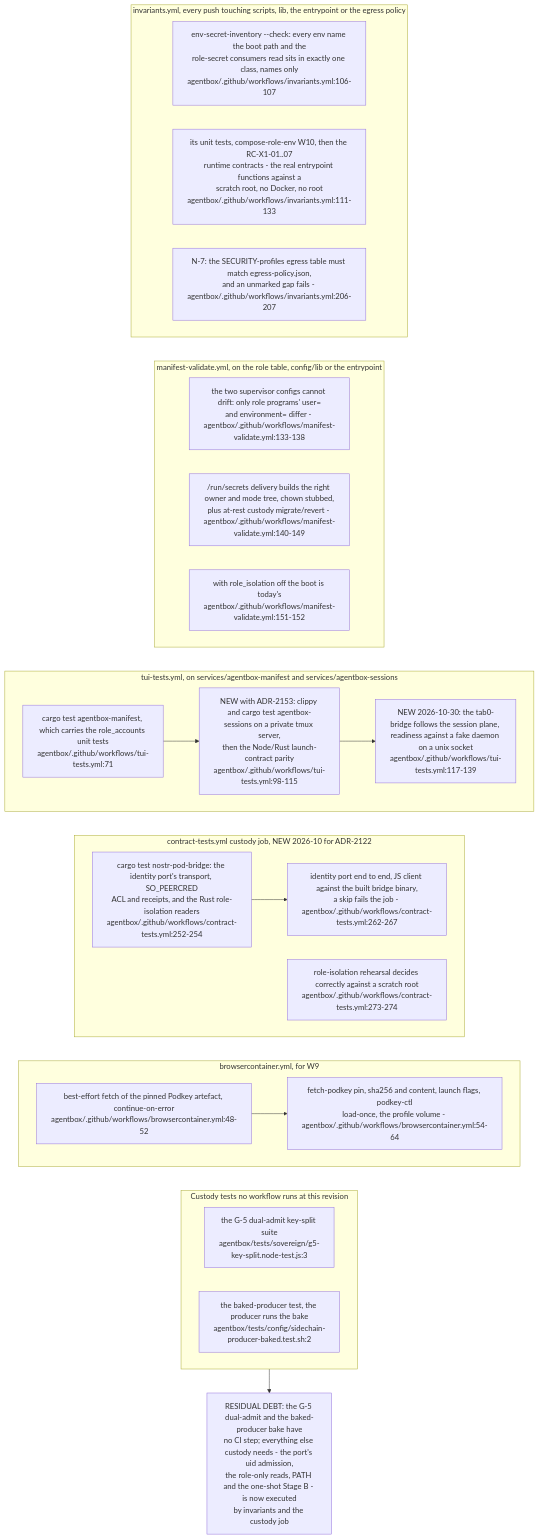
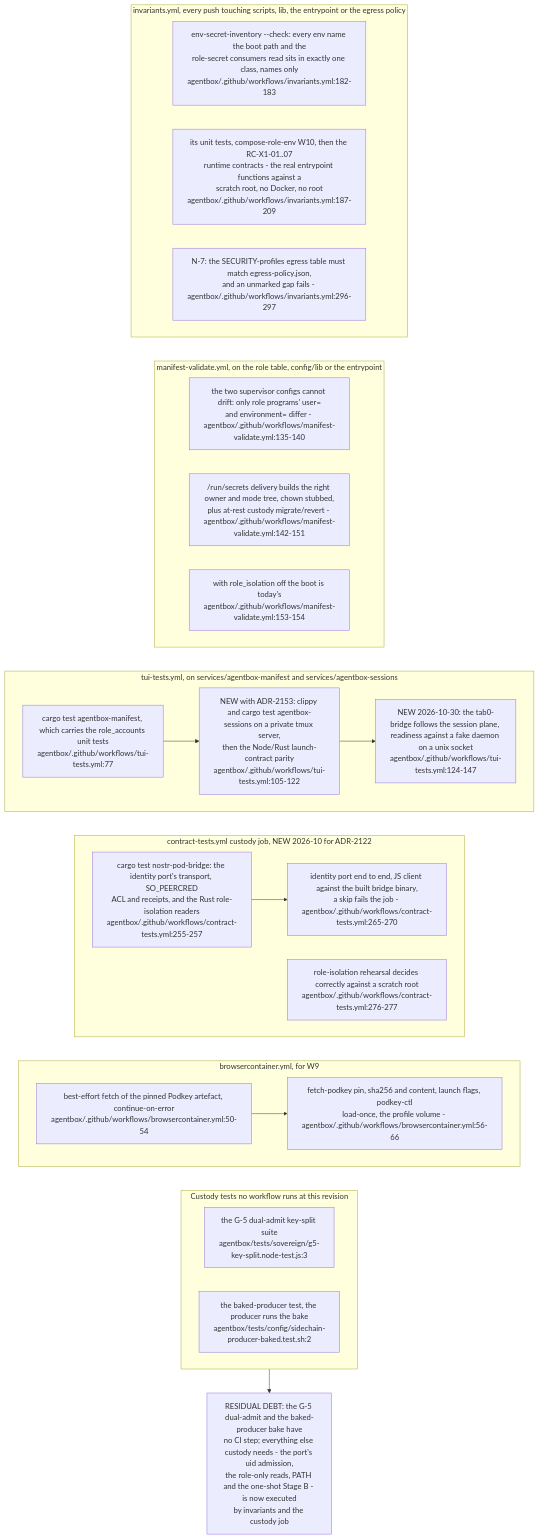
Before and after one commit to DreamLab-AI/VisionFlow: diagram 24 of 24 in docs/diagrams/estate/09-build-deploy-and-ci-estate.md, drawn with Mermaid. The commit also changed other lines of this file and 49 other files, not shown here.

First line of the commit message:
docs(diagrams): re-derive and re-stamp VisionClaw, estate, knowledge-graph, visionGraph, VisionFlow and sidestr topics

````diff
--- a/docs/diagrams/estate/09-build-deploy-and-ci-estate.md
+++ b/docs/diagrams/estate/09-build-deploy-and-ci-estate.md
@@ -863,41 +863,41 @@
 ```mermaid
 flowchart TB
     subgraph INV["invariants.yml, every push touching scripts, lib, the entrypoint or the egress policy"]
-        I1["env-secret-inventory --check: every env name the boot path and the<br/>role-secret consumers read sits in exactly one class, names only<br/>agentbox/.github/workflows/invariants.yml:106-107"]
-        I2["its unit tests, compose-role-env W10, then the RC-X1-01..07<br/>runtime contracts - the real entrypoint functions against a<br/>scratch root, no Docker, no root<br/>agentbox/.github/workflows/invariants.yml:111-133"]
-        I3["N-7: the SECURITY-profiles egress table must match egress-policy.json,<br/>and an unmarked gap fails - agentbox/.github/workflows/invariants.yml:206-207"]
+        I1["env-secret-inventory --check: every env name the boot path and the<br/>role-secret consumers read sits in exactly one class, names only<br/>agentbox/.github/workflows/invariants.yml:182-183"]
+        I2["its unit tests, compose-role-env W10, then the RC-X1-01..07<br/>runtime contracts - the real entrypoint functions against a<br/>scratch root, no Docker, no root<br/>agentbox/.github/workflows/invariants.yml:187-209"]
+        I3["N-7: the SECURITY-profiles egress table must match egress-policy.json,<br/>and an unmarked gap fails - agentbox/.github/workflows/invariants.yml:296-297"]
     end
     subgraph MV["manifest-validate.yml, on the role table, config/lib or the entrypoint"]
-        M1["the two supervisor configs cannot drift: only role programs' user=<br/>and environment= differ - agentbox/.github/workflows/manifest-validate.yml:133-138"]
-        M2["/run/secrets delivery builds the right owner and mode tree, chown stubbed,<br/>plus at-rest custody migrate/revert - agentbox/.github/workflows/manifest-validate.yml:140-149"]
-        M3["with role_isolation off the boot is today's<br/>agentbox/.github/workflows/manifest-validate.yml:151-152"]
+        M1["the two supervisor configs cannot drift: only role programs' user=<br/>and environment= differ - agentbox/.github/workflows/manifest-validate.yml:135-140"]
+        M2["/run/secrets delivery builds the right owner and mode tree, chown stubbed,<br/>plus at-rest custody migrate/revert - agentbox/.github/workflows/manifest-validate.yml:142-151"]
+        M3["with role_isolation off the boot is today's<br/>agentbox/.github/workflows/manifest-validate.yml:153-154"]
     end
     subgraph TUI["tui-tests.yml, on services/agentbox-manifest and services/agentbox-sessions"]
-        T1["cargo test agentbox-manifest, which carries the role_accounts unit tests<br/>agentbox/.github/workflows/tui-tests.yml:71"]
-        T2["NEW with ADR-2153: clippy and cargo test agentbox-sessions on a private tmux server,<br/>then the Node/Rust launch-contract parity<br/>agentbox/.github/workflows/tui-tests.yml:98-115"]
-        T3["NEW 2026-10-30: the tab0-bridge follows the session plane, readiness against a fake daemon on a unix socket<br/>agentbox/.github/workflows/tui-tests.yml:117-139"]
+        T1["cargo test agentbox-manifest, which carries the role_accounts unit tests<br/>agentbox/.github/workflows/tui-tests.yml:77"]
+        T2["NEW with ADR-2153: clippy and cargo test agentbox-sessions on a private tmux server,<br/>then the Node/Rust launch-contract parity<br/>agentbox/.github/workflows/tui-tests.yml:105-122"]
+        T3["NEW 2026-10-30: the tab0-bridge follows the session plane, readiness against a fake daemon on a unix socket<br/>agentbox/.github/workflows/tui-tests.yml:124-147"]
         T1 --> T2
         T2 --> T3
     end
     subgraph CT["contract-tests.yml custody job, NEW 2026-10 for ADR-2122"]
-        C1["cargo test nostr-pod-bridge: the identity port's transport, SO_PEERCRED<br/>ACL and receipts, and the Rust role-isolation readers<br/>agentbox/.github/workflows/contract-tests.yml:252-254"]
-        C2["identity port end to end, JS client against the built bridge binary,<br/>a skip fails the job - agentbox/.github/workflows/contract-tests.yml:262-267"]
-        C3["role-isolation rehearsal decides correctly against a scratch root<br/>agentbox/.github/workflows/contract-tests.yml:273-274"]
+        C1["cargo test nostr-pod-bridge: the identity port's transport, SO_PEERCRED<br/>ACL and receipts, and the Rust role-isolation readers<br/>agentbox/.github/workflows/contract-tests.yml:255-257"]
+        C2["identity port end to end, JS client against the built bridge binary,<br/>a skip fails the job - agentbox/.github/workflows/contract-tests.yml:265-270"]
+        C3["role-isolation rehearsal decides correctly against a scratch root<br/>agentbox/.github/workflows/contract-tests.yml:276-277"]
         C1 --> C2
     end
     subgraph BC["browsercontainer.yml, for W9"]
-        B1["best-effort fetch of the pinned Podkey artefact, continue-on-error<br/>agentbox/.github/workflows/browsercontainer.yml:48-52"]
-        B2["fetch-podkey pin, sha256 and content, launch flags, podkey-ctl<br/>load-once, the profile volume - agentbox/.github/workflows/browsercontainer.yml:54-64"]
+        B1["best-effort fetch of the pinned Podkey artefact, continue-on-error<br/>agentbox/.github/workflows/browsercontainer.yml:50-54"]
+        B2["fetch-podkey pin, sha256 and content, launch flags, podkey-ctl<br/>load-once, the profile volume - agentbox/.github/workflows/browsercontainer.yml:56-66"]
         B1 --> B2
     end
     subgraph NONE["Custody tests no workflow runs at this revision"]
         N1["the G-5 dual-admit key-split suite<br/>agentbox/tests/sovereign/g5-key-split.node-test.js:3"]
         N2["the baked-producer test, the producer runs the bake<br/>agentbox/tests/config/sidechain-producer-baked.test.sh:2"]
     end
     INV ~~~ MV
     MV ~~~ TUI
     TUI ~~~ CT
     CT ~~~ BC
     BC ~~~ NONE
     NONE --> D["RESIDUAL DEBT: the G-5 dual-admit and the baked-producer bake have<br/>no CI step; everything else custody needs - the port's uid admission,<br/>the role-only reads, PATH and the one-shot Stage B - is now executed<br/>by invariants and the custody job"]
 ```
````
